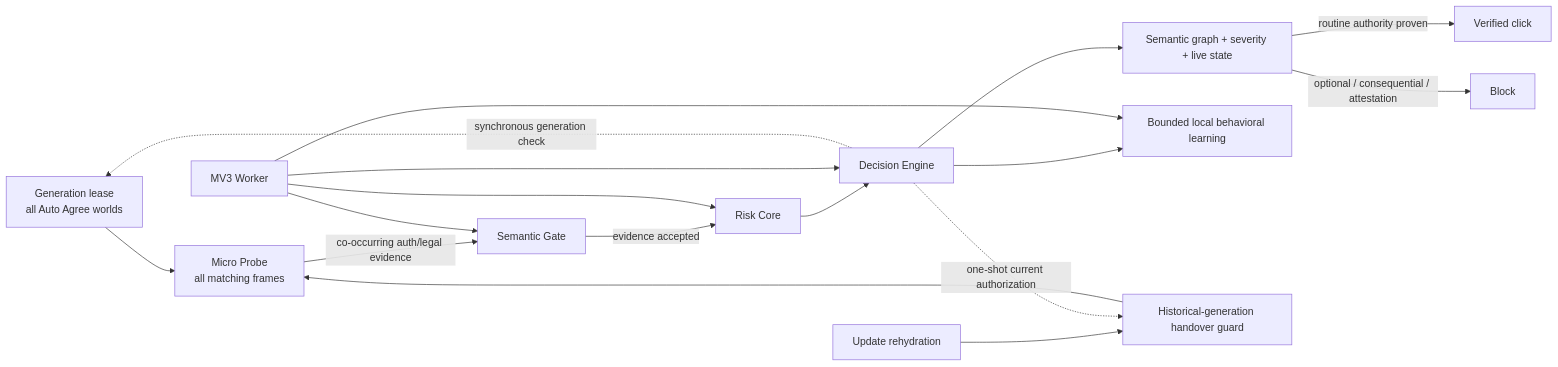
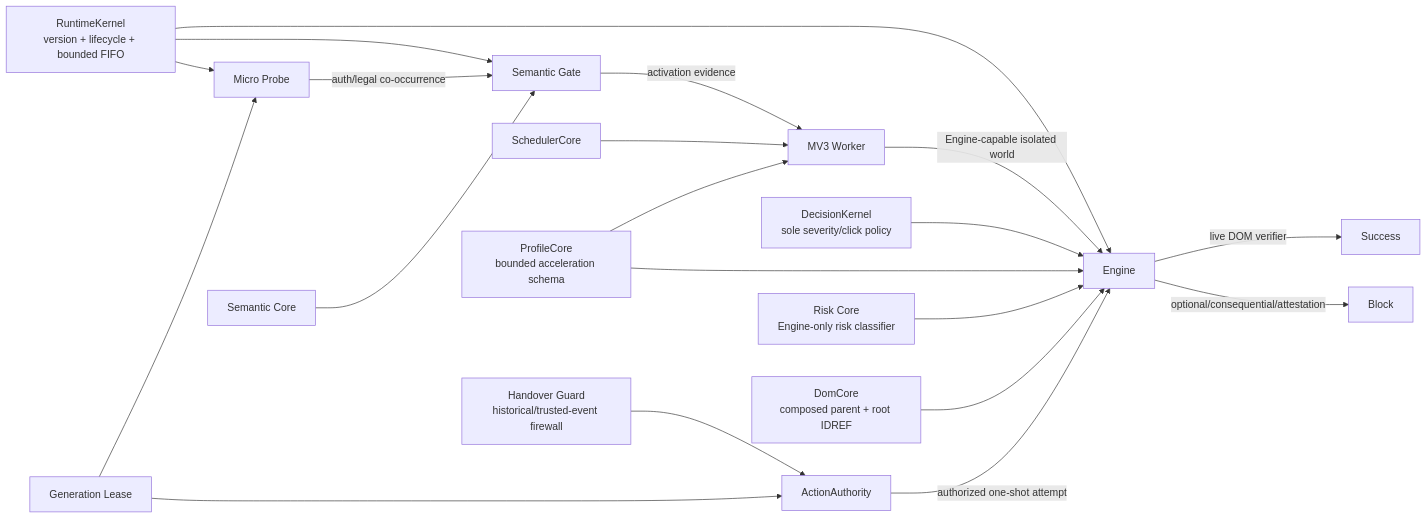
Before and after one commit to QzCrane/auto-agree: the diagram in README.md, drawn with Mermaid. The commit also changed other lines of this file and 13 other files, not shown here.

````diff
--- a/README.md
+++ b/README.md
@@ -23,19 +21,22 @@
 ```mermaid
 flowchart LR
-  L[Generation lease\nall Auto Agree worlds] --> P[Micro Probe\nall matching frames]
-  P -->|co-occurring auth/legal evidence| G[Semantic Gate]
-  G -->|evidence accepted| R[Risk Core]
-  R --> E[Decision Engine]
-  E --> S[Semantic graph + severity + live state]
-  S -->|routine authority proven| C[Verified click]
-  S -->|optional / consequential / attestation| B[Block]
-  E --> V[Bounded local behavioral learning]
-  W[MV3 Worker] --> G
-  W --> R
-  W --> E
-  W --> V
-  U[Update rehydration] --> H[Historical-generation handover guard]
-  H --> P
-  E -. one-shot current authorization .-> H
-  E -. synchronous generation check .-> L
+  RK[RuntimeKernel\nversion + lifecycle + bounded FIFO] --> P[Micro Probe]
+  RK --> G[Semantic Gate]
+  RK --> E[Engine]
+  L[Generation Lease] --> P
+  P -->|auth/legal co-occurrence| G
+  SC[Semantic Core] --> G
+  G -->|activation evidence| W[MV3 Worker]
+  W -->|Engine-capable isolated world| E
+  DC[DecisionKernel\nsole severity/click policy] --> E
+  PC[ProfileCore\nbounded acceleration schema] --> E
+  RC[Risk Core\nEngine-only risk classifier] --> E
+  DOM[DomCore\ncomposed parent + root IDREF] --> E
+  HG[Handover Guard\nhistorical/trusted-event firewall] --> AA[ActionAuthority]
+  L --> AA
+  AA -->|authorized one-shot attempt| E
+  E -->|live DOM verifier| OK[Success]
+  E -->|optional/consequential/attestation| BLOCK[Block]
+  WS[SchedulerCore] --> W
+  PC --> W
 ```
````
